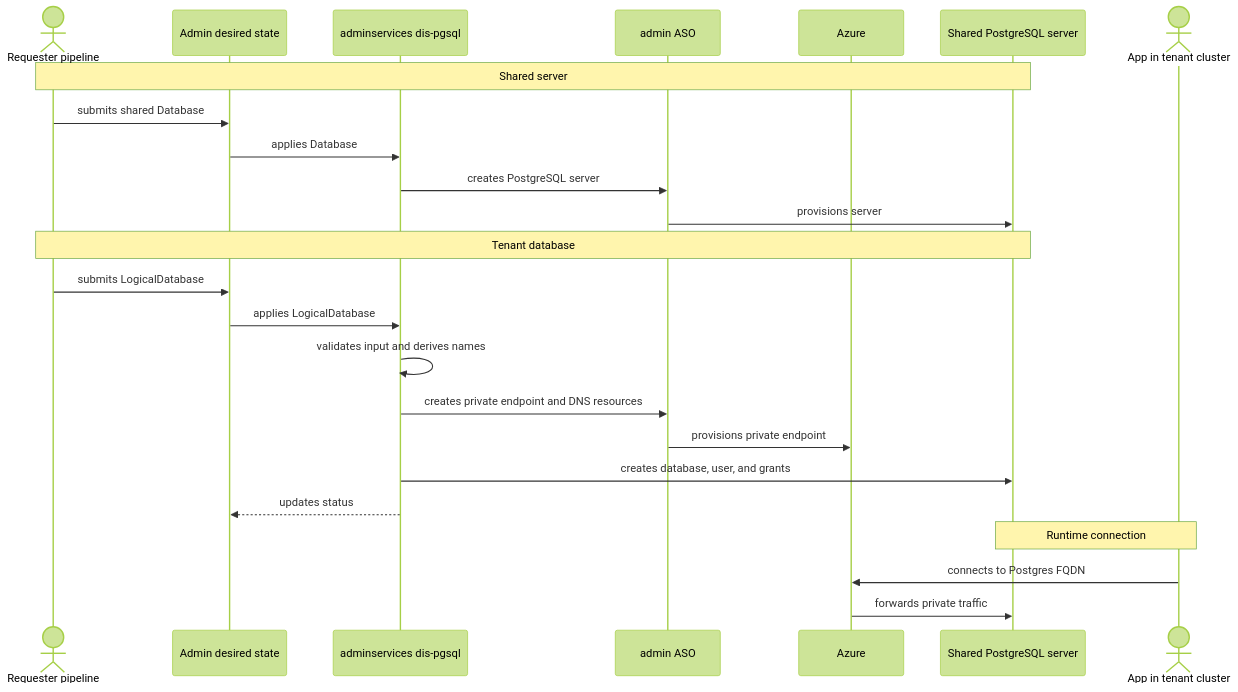
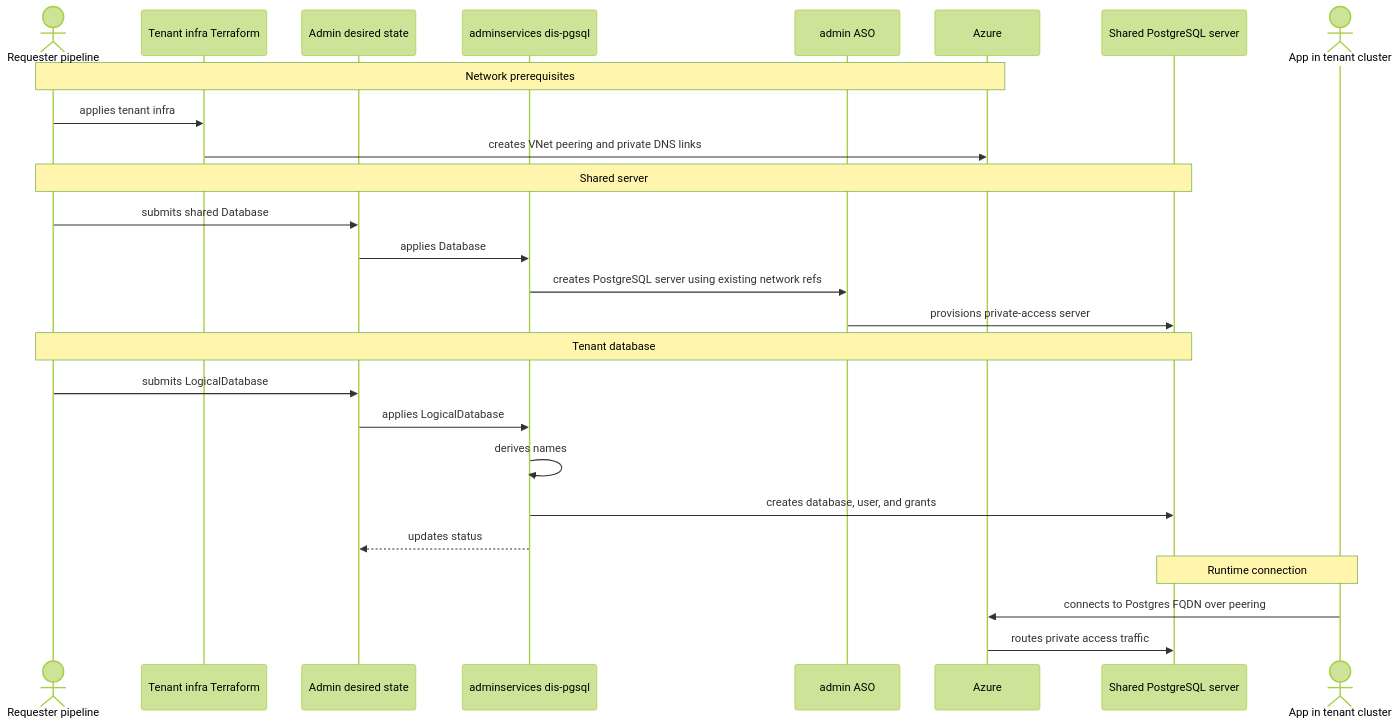
Before and after one commit to Altinn/altinn-platform: the diagram in rfcs/0013-multitenant-dis-databases.md, drawn with Mermaid (forest theme). The commit also changed other lines of this file, not shown here.

Commit message:
rfc: clarify multitenant private access

````diff
--- a/rfcs/0013-multitenant-dis-databases.md
+++ b/rfcs/0013-multitenant-dis-databases.md
@@ -43,29 +45,32 @@
 ```mermaid
 sequenceDiagram
     actor Requester as Requester pipeline
+    participant Infra as Tenant infra Terraform
     participant DesiredState as Admin desired state
     participant Operator as adminservices dis-pgsql
     participant ASO as admin ASO
     participant Network as Azure
     participant Postgres as Shared PostgreSQL server
     actor App as App in tenant cluster
 
+    Note over Requester,Network: Network prerequisites
+    Requester->>Infra: applies tenant infra
+    Infra->>Network: creates VNet peering and private DNS links
+
     Note over Requester,Postgres: Shared server
     Requester->>DesiredState: submits shared Database
     DesiredState->>Operator: applies Database
-    Operator->>ASO: creates PostgreSQL server
-    ASO->>Postgres: provisions server
+    Operator->>ASO: creates PostgreSQL server using existing network refs
+    ASO->>Postgres: provisions private-access server
 
     Note over Requester,Postgres: Tenant database
     Requester->>DesiredState: submits LogicalDatabase
     DesiredState->>Operator: applies LogicalDatabase
-    Operator->>Operator: validates input and derives names
-    Operator->>ASO: creates private endpoint and DNS resources
-    ASO->>Network: provisions private endpoint
+    Operator->>Operator: derives names
     Operator->>Postgres: creates database, user, and grants
     Operator-->>DesiredState: updates status
 
     Note over App,Postgres: Runtime connection
-    App->>Network: connects to Postgres FQDN
-    Network->>Postgres: forwards private traffic
+    App->>Network: connects to Postgres FQDN over peering
+    Network->>Postgres: routes private access traffic
 ```
````
